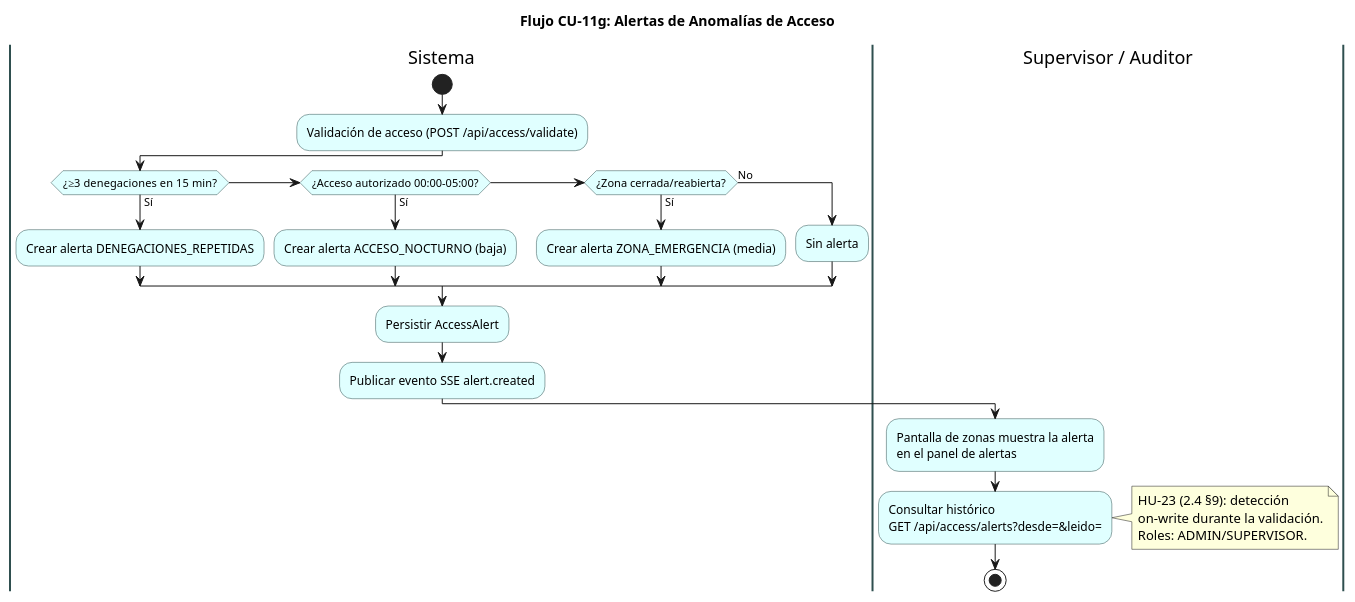
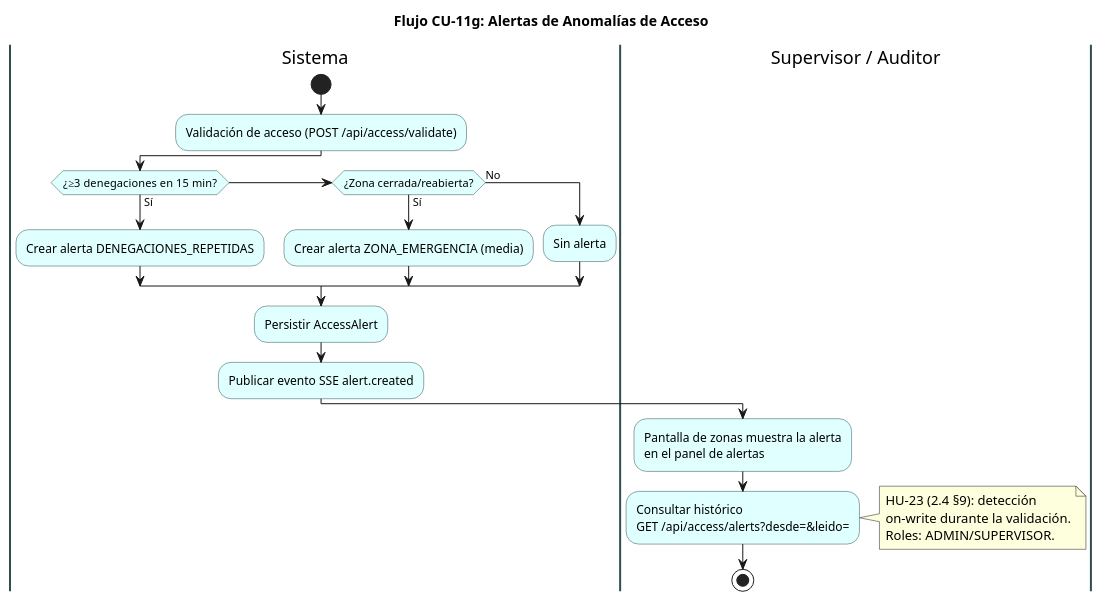
Before and after one commit to ElianMMCode/Zone-Control: the diagram in docs/diagramas/flujo/22_flujo_alertas_anomalias.puml, drawn with PlantUML. The commit also changed 29 other files, not shown here.

First line of the commit message:
feat(control-acceso): eliminar alerta ACCESO_NOCTURNO y flujo Entrada/Salida con EXIT

```diff
--- a/docs/diagramas/flujo/22_flujo_alertas_anomalias.puml
+++ b/docs/diagramas/flujo/22_flujo_alertas_anomalias.puml
@@ -1,43 +1,41 @@
 @startuml
 title Flujo CU-11g: Alertas de Anomalías de Acceso
 skinparam activity {
   BackgroundColor LightCyan
   BorderColor DarkSlateGray
 }
 skinparam swimlane {
   BorderColor DarkSlateGray
   BorderThickness 2
 }
 
 |Sistema|
 start
 :Validación de acceso (POST /api/access/validate);
 
 if (¿≥3 denegaciones en 15 min?) then (Sí)
   :Crear alerta DENEGACIONES_REPETIDAS;
-elseif (¿Acceso autorizado 00:00-05:00?) then (Sí)
-  :Crear alerta ACCESO_NOCTURNO (baja);
 elseif (¿Zona cerrada/reabierta?) then (Sí)
   :Crear alerta ZONA_EMERGENCIA (media);
 else (No)
   :Sin alerta;
 endif
 
 :Persistir AccessAlert;
 
 :Publicar evento SSE alert.created;
 
 |Supervisor / Auditor|
 :Pantalla de zonas muestra la alerta\nen el panel de alertas;
 
 :Consultar histórico\nGET /api/access/alerts?desde=&leido=;
 
 note right
   HU-23 (2.4 §9): detección
   on-write durante la validación.
   Roles: ADMIN/SUPERVISOR.
 end note
 
 stop
 
 @enduml
```
